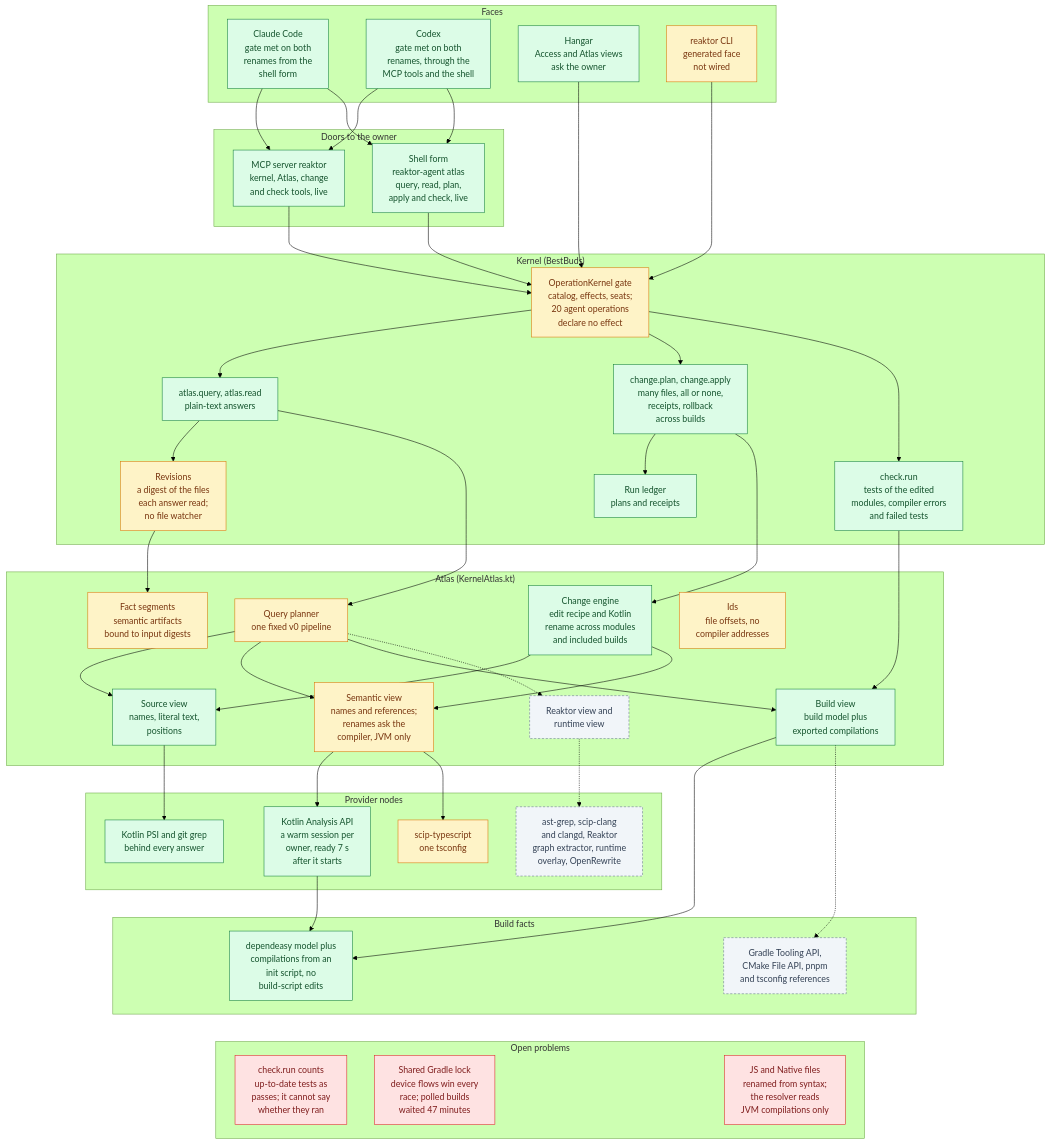
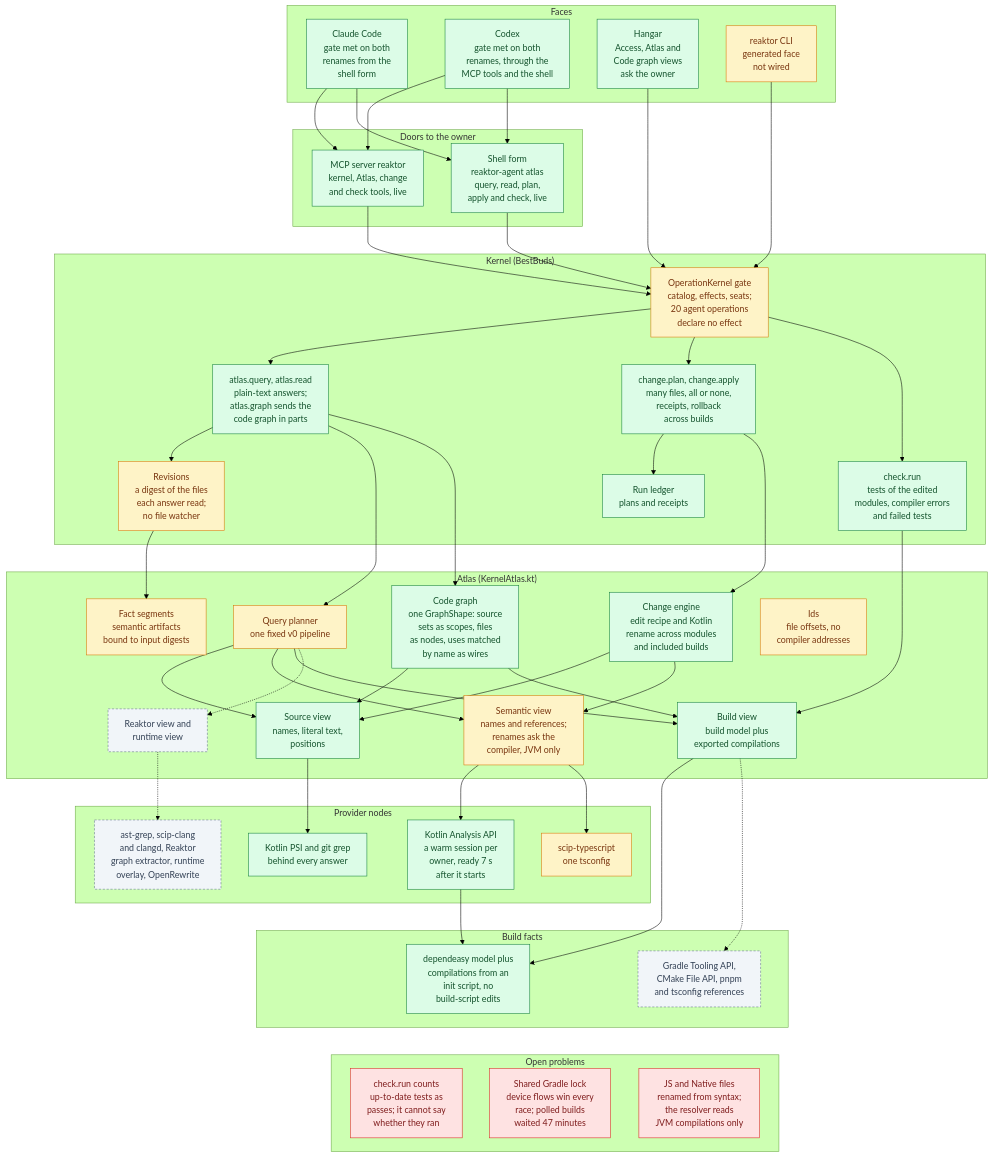
Before and after one commit to shibasis0801/reaktor: the first of 5 diagrams in plans/atlas-hld.md, drawn with Mermaid (forest theme). The commit also changed other lines of this file, not shown here.

Commit message:
Record the live code graph in the Atlas HLD
The status diagram gains the Code graph view and atlas.graph, the
summary says what the graph holds, how large it is on BestBuds and how
fast Hangar reads it from the live owner, and the build plan gets row
7 for it.

```diff
--- a/plans/atlas-hld.md
+++ b/plans/atlas-hld.md
@@ -23,7 +23,7 @@
     subgraph faces["Faces"]
         claude["Claude Code<br/>gate met on both<br/>renames from the<br/>shell form"]
         codex["Codex<br/>gate met on both<br/>renames, through the<br/>MCP tools and the shell"]
-        hangar["Hangar<br/>Access and Atlas views<br/>ask the owner"]
+        hangar["Hangar<br/>Access, Atlas and<br/>Code graph views<br/>ask the owner"]
         cli["reaktor CLI<br/>generated face<br/>not wired"]
     end
     subgraph doors["Doors to the owner"]
@@ -32,7 +32,7 @@
     end
     subgraph kernelBox["Kernel (BestBuds)"]
         gate["OperationKernel gate<br/>catalog, effects, seats;<br/>20 agent operations<br/>declare no effect"]
-        atlasOps["atlas.query, atlas.read<br/>plain-text answers"]
+        atlasOps["atlas.query, atlas.read<br/>plain-text answers;<br/>atlas.graph sends the<br/>code graph in parts"]
         changeOps["change.plan, change.apply<br/>many files, all or none,<br/>receipts, rollback<br/>across builds"]
         checkRun["check.run<br/>tests of the edited<br/>modules, compiler errors<br/>and failed tests"]
         ledger["Run ledger<br/>plans and receipts"]
@@ -46,6 +46,7 @@
         sourceView["Source view<br/>names, literal text,<br/>positions"]
         semanticView["Semantic view<br/>names and references;<br/>renames ask the<br/>compiler, JVM only"]
         buildView["Build view<br/>build model plus<br/>exported compilations"]
+        codeView["Code graph<br/>one GraphShape: source<br/>sets as scopes, files<br/>as nodes, uses matched<br/>by name as wires"]
         laterViews["Reaktor view and<br/>runtime view"]
     end
     subgraph providers["Provider nodes"]
@@ -77,6 +78,7 @@
     changeOps --> ledger
     atlasOps --> revisions
     atlasOps --> planner
+    atlasOps --> codeView
     changeOps --> engine
     checkRun --> buildView
     revisions --> segments
@@ -87,6 +89,8 @@
     planner --> semanticView
     planner --> buildView
     planner -.-> laterViews
+    codeView --> sourceView
+    codeView --> buildView
     engine --> sourceView
     engine --> semanticView
     sourceView --> psi
@@ -105,7 +109,7 @@
     classDef partial fill:#FEF3C7,stroke:#D97706,color:#78350F
     classDef problem fill:#FEE2E2,stroke:#DC2626,color:#7F1D1D
     classDef later fill:#F1F5F9,stroke:#64748B,color:#334155,stroke-dasharray: 4 3
-    class claude,codex,hangar,mcp,shell,atlasOps,changeOps,checkRun,ledger,engine,sourceView,buildView,psi,kaa,dep live
+    class claude,codex,hangar,mcp,shell,atlasOps,changeOps,checkRun,ledger,engine,sourceView,buildView,codeView,psi,kaa,dep live
     class cli,gate,revisions,planner,identity,segments,semanticView,ts partial
     class p1,p2,p3 problem
     class laterViews,laterProviders,laterBuild later
```
